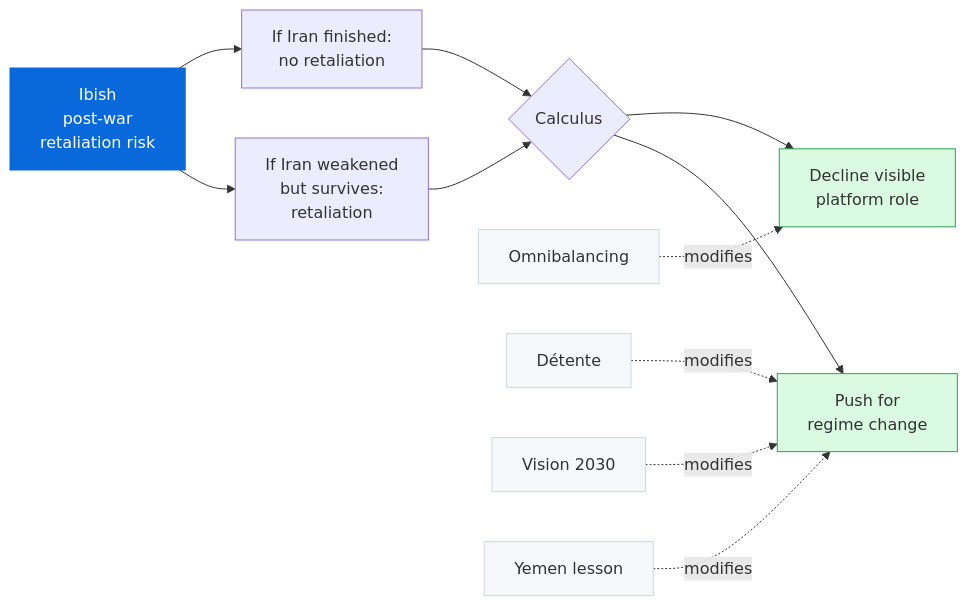
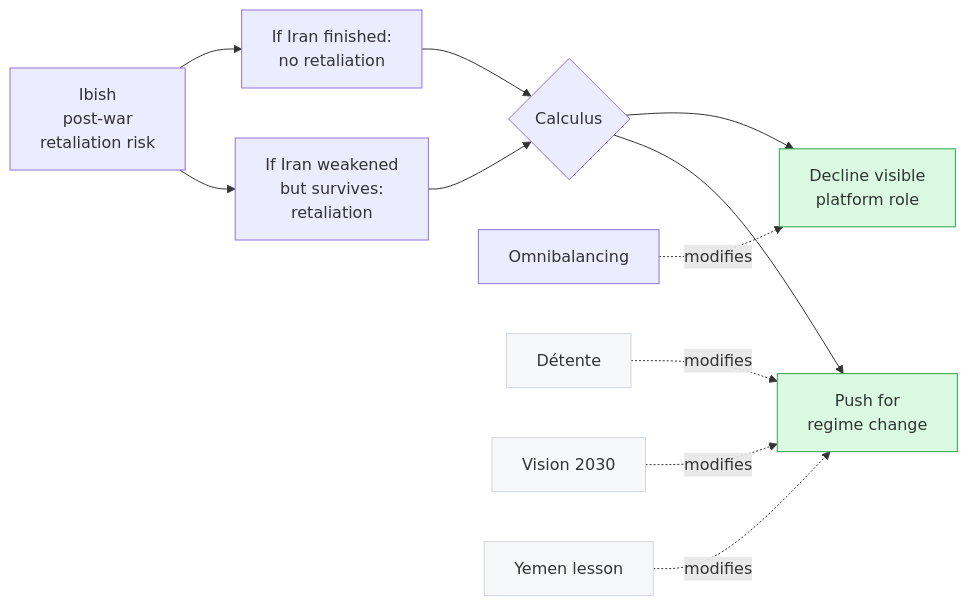
The fourth of 5 diagrams in analyses/q12-4-gulf-paradox.qmd (Owc1272/game-theory-2026-iran-war), drawn with Mermaid before and after one commit. The commit also changed other lines of this file and 5 other files, not shown here.

Commit message:
Mermaid SVG nodes as gloss triggers: F (Stage 2), L/P/G/D (Stage 3), Ibish I + M1 (Stage 4); add 7th gloss entry for Ibish post-war retaliation risk

````diff
--- a/analyses/q12-4-gulf-paradox.qmd
+++ b/analyses/q12-4-gulf-paradox.qmd
@@ -117,20 +121,23 @@
 ```{mermaid}
 flowchart LR
   I[Ibish<br/>post-war<br/>retaliation risk]
   I --> A[If Iran weakened<br/>but survives:<br/>retaliation]
   I --> B[If Iran finished:<br/>no retaliation]
   A --> C{Calculus}
   B --> C
   C --> D1[Push for<br/>regime change]
   C --> D2[Decline visible<br/>platform role]
   M1[Omnibalancing] -.->|modifies| D2
   M2[Détente] -.->|modifies| D1
   M3[Vision 2030] -.->|modifies| D1
   M4[Yemen lesson] -.->|modifies| D1
   classDef hl fill:#0969da,color:#fff,stroke:#0969da
   classDef ds fill:#dafbe1,stroke:#2da44e
   classDef md fill:#f6f8fa,stroke:#d0d7de
-  class I hl
+  classDef gt-gloss-ibish-post-war-retaliation-risk stroke-dasharray:0
+  classDef gt-gloss-omnibalancing stroke-dasharray:0
+  class I hl,gt-gloss-ibish-post-war-retaliation-risk
   class D1,D2 ds
-  class M1,M2,M3,M4 md
+  class M1 md,gt-gloss-omnibalancing
+  class M2,M3,M4 md
 ```
````
